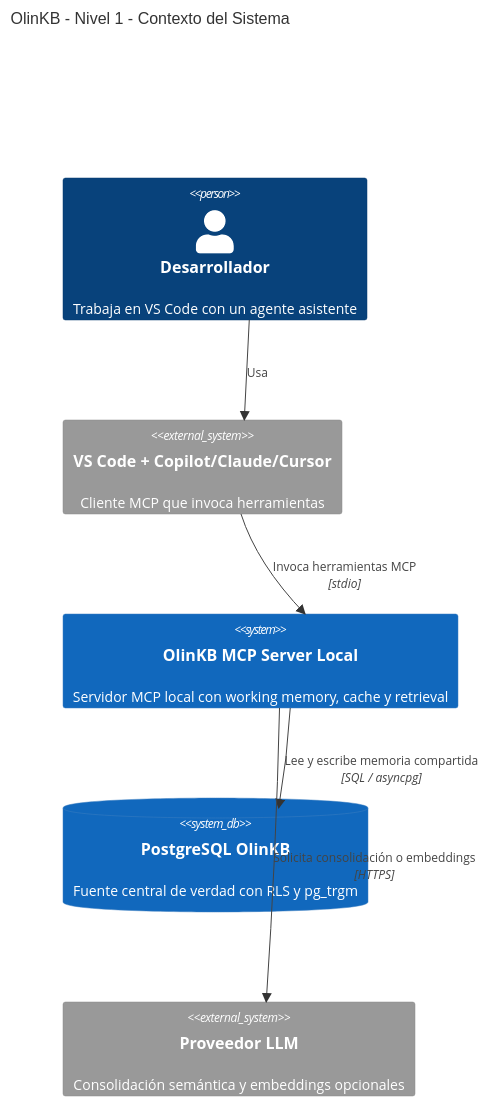
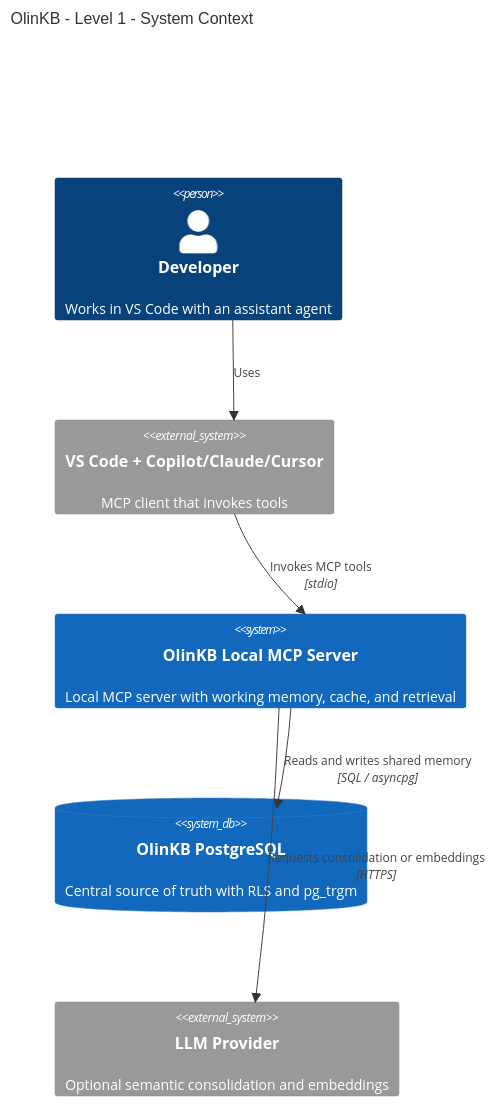
Before and after one commit to rzjulio/olinkb: the first of 6 diagrams in docs/olinkb-arquitectura-c4.md, drawn with Mermaid. The commit also changed other lines of this file and 22 other files, not shown here.

Commit message:
Refactor tests and templates to use "example-team" instead of "mi-equipo"; add memory relevance triage skill template; conduct comprehensive code audit with findings and remediation plan.

````diff
--- a/docs/olinkb-arquitectura-c4.md
+++ b/docs/olinkb-arquitectura-c4.md
@@ -54,14 +54,14 @@
 ```mermaid
 C4Context
-    title OlinKB - Nivel 1 - Contexto del Sistema
-    Person(dev, "Desarrollador", "Trabaja en VS Code con un agente asistente")
-    System_Ext(client, "VS Code + Copilot/Claude/Cursor", "Cliente MCP que invoca herramientas")
-    System(olinkb, "OlinKB MCP Server Local", "Servidor MCP local con working memory, cache y retrieval")
-    SystemDb(pg, "PostgreSQL OlinKB", "Fuente central de verdad con RLS y pg_trgm")
-    System_Ext(llm, "Proveedor LLM", "Consolidación semántica y embeddings opcionales")
-    Rel(dev, client, "Usa")
-    Rel(client, olinkb, "Invoca herramientas MCP", "stdio")
-    Rel(olinkb, pg, "Lee y escribe memoria compartida", "SQL / asyncpg")
-    Rel(olinkb, llm, "Solicita consolidación o embeddings", "HTTPS")
+    title OlinKB - Level 1 - System Context
+    Person(dev, "Developer", "Works in VS Code with an assistant agent")
+    System_Ext(client, "VS Code + Copilot/Claude/Cursor", "MCP client that invokes tools")
+    System(olinkb, "OlinKB Local MCP Server", "Local MCP server with working memory, cache, and retrieval")
+    SystemDb(pg, "OlinKB PostgreSQL", "Central source of truth with RLS and pg_trgm")
+    System_Ext(llm, "LLM Provider", "Optional semantic consolidation and embeddings")
+    Rel(dev, client, "Uses")
+    Rel(client, olinkb, "Invokes MCP tools", "stdio")
+    Rel(olinkb, pg, "Reads and writes shared memory", "SQL / asyncpg")
+    Rel(olinkb, llm, "Requests consolidation or embeddings", "HTTPS")
     UpdateLayoutConfig($c4ShapeInRow="3", $c4BoundaryInRow="1")
 ```
````
